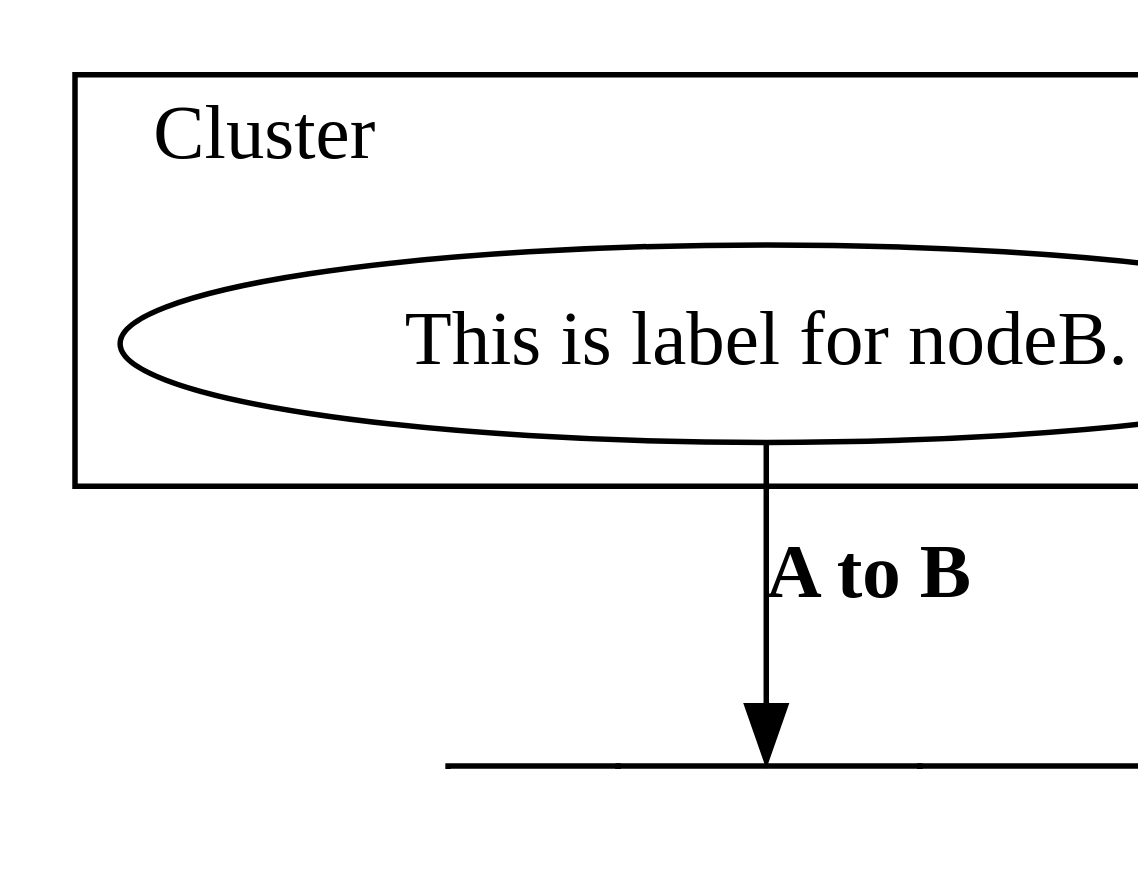
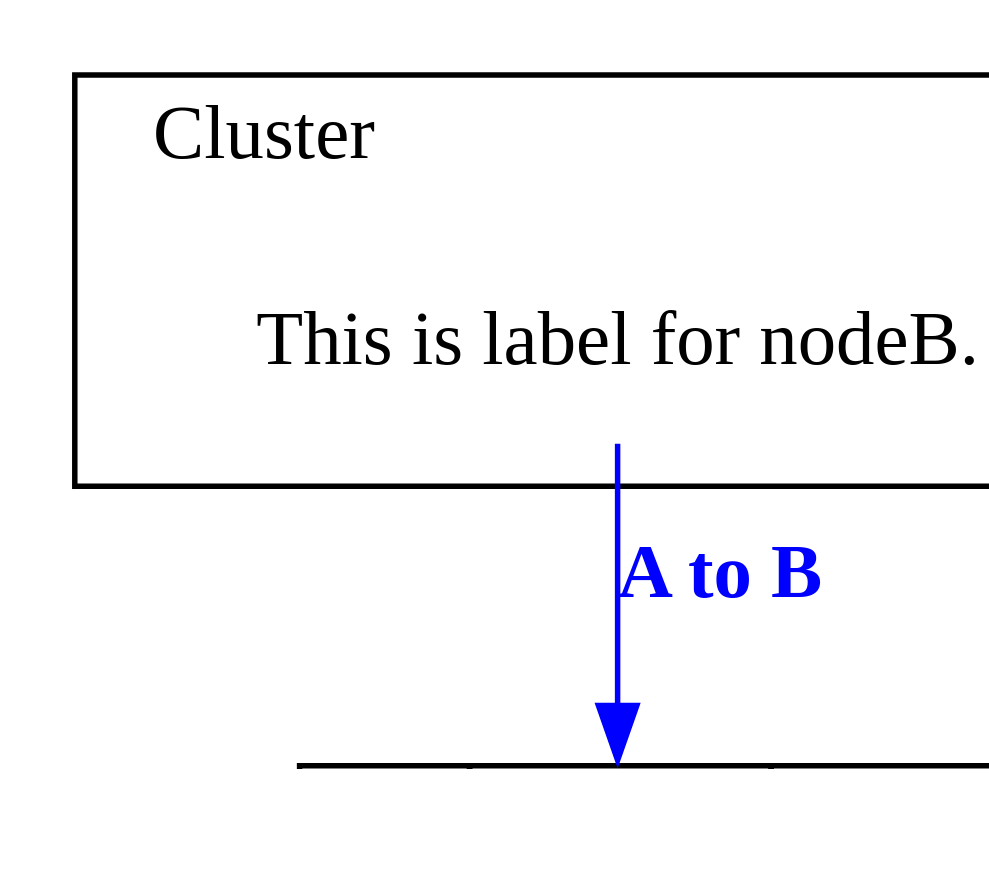
Before and after one commit to ts-graphviz/ts-graphviz: the diagram in packages/react/README.md, drawn with Graphviz. The commit also changed other lines of this file and 2 other files, not shown here.

````diff
--- a/packages/react/README.md
+++ b/packages/react/README.md
@@ -58,21 +68,29 @@
 ```dot
 digraph {
   dpi = 150;
+  rankdir = "TB";
+  edge [
+    color = "blue",
+    fontcolor = "blue",
+  ];
+  node [
+    shape = "none",
+  ];
   "nodeA" [
     shape = "none",
-    label = <<table BORDER="0" CELLBORDER="1" CELLSPACING="0"><tr><td>left</td><td PORT="m">middle</td><td PORT="r">right</td></tr></table>>,
+    label = <<TABLE BORDER="0" CELLBORDER="1" CELLSPACING="0"><TR><TD>left</TD><TD PORT="m">middle</TD><TD PORT="r">right</TD></TR></TABLE>>,
   ];
   "nodeB";
   subgraph "cluster" {
     labeljust = "l";
     label = "Cluster";
     "nodeB" [
       label = "This is label for nodeB.",
     ];
   }
   // Edge from node A to B
   "nodeB" -> "nodeA":"m" [
-    label = <<b>A to B</b>>,
+    label = <<B>A to B</B>>,
   ];
 }
 ```
````
